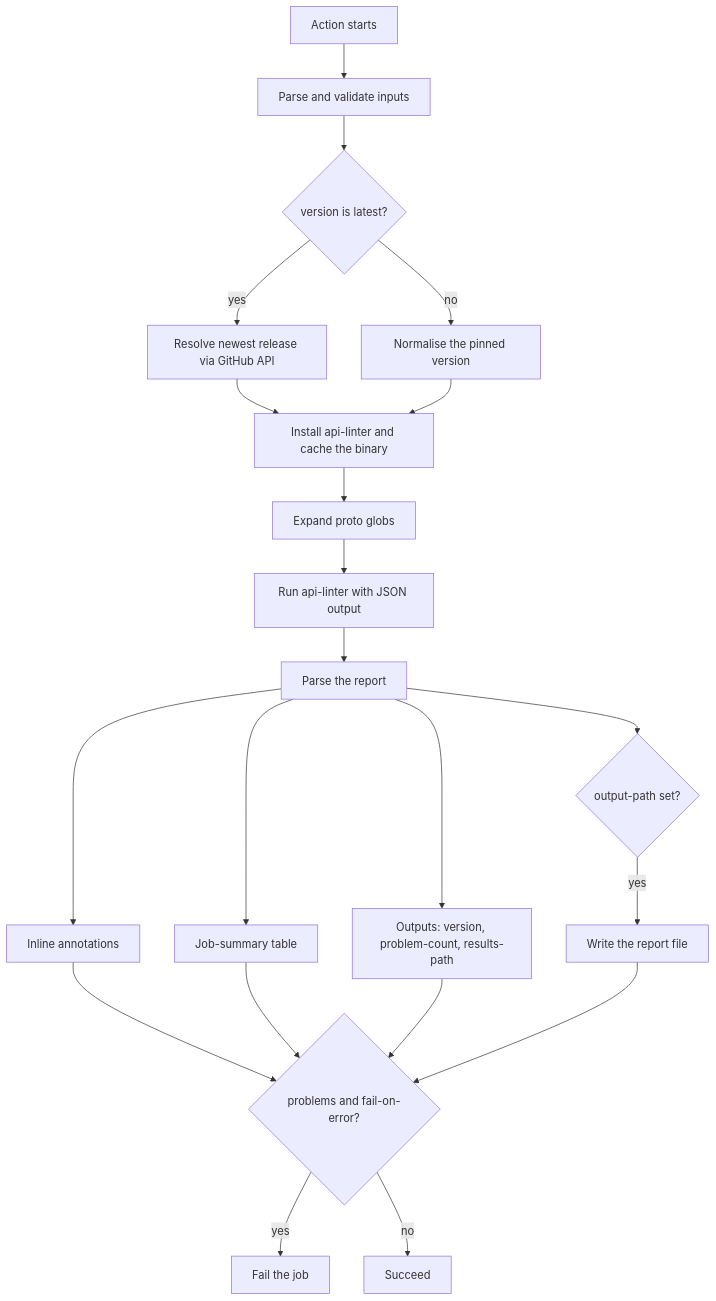
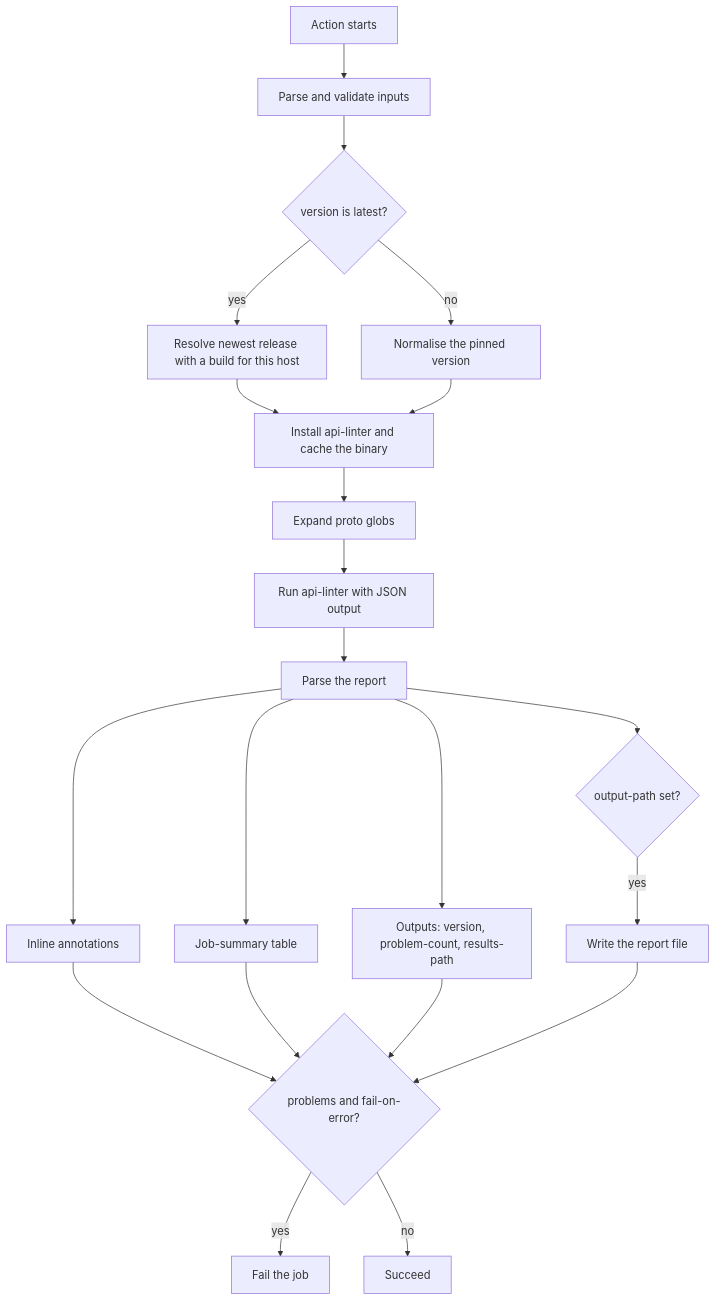
The diagram in README.md (actions-marketplace-validations/the-protobuf-project_setup-google-api-linter), drawn with Mermaid before and after one commit. The commit also changed other lines of this file and 10 other files, not shown here.

````diff
--- a/README.md
+++ b/README.md
@@ -32,20 +32,20 @@
 ```mermaid
 flowchart TD
     A[Action starts] --> B[Parse and validate inputs]
     B --> C{version is latest?}
-    C -- yes --> D[Resolve newest release via GitHub API]
+    C -- yes --> D[Resolve newest release with a build for this host]
     C -- no --> E[Normalise the pinned version]
     D --> F[Install api-linter and cache the binary]
     E --> F
     F --> G[Expand proto globs]
     G --> H[Run api-linter with JSON output]
     H --> I[Parse the report]
     I --> J[Inline annotations]
     I --> K[Job-summary table]
     I --> L[Outputs: version, problem-count, results-path]
     I --> M{output-path set?}
     M -- yes --> N[Write the report file]
     J & K & L & N --> O{problems and fail-on-error?}
     O -- yes --> P[Fail the job]
     O -- no --> Q[Succeed]
 ```
````
